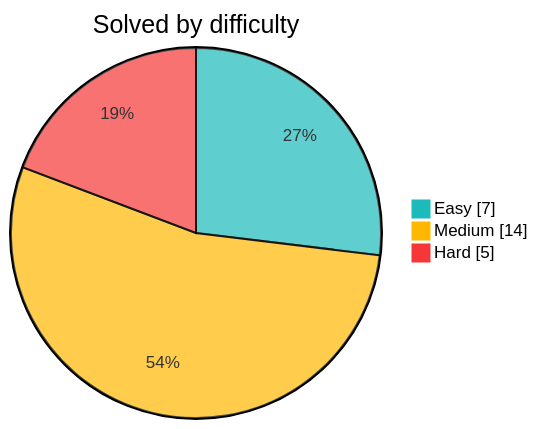
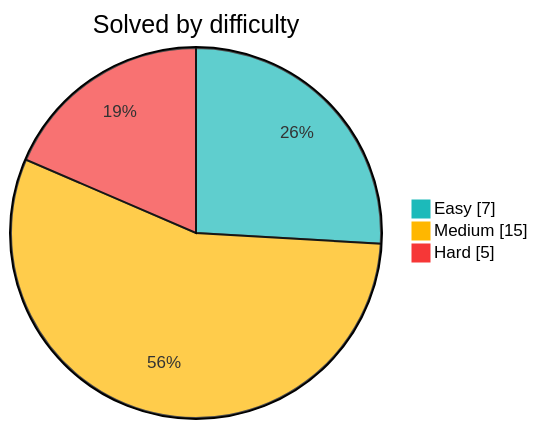
Before and after one commit to Sekler09/algorithms: the diagram in README.md, drawn with Mermaid. The commit also changed other lines of this file and 3 other files, not shown here.

````diff
--- a/README.md
+++ b/README.md
@@ -9,8 +9,8 @@
 ```mermaid
 %%{init: {"themeVariables": {"pie1": "#1cbaba", "pie2": "#ffb700", "pie3": "#f63737"}}}%%
 pie showData
     title Solved by difficulty
     "Easy" : 7
-    "Medium" : 14
+    "Medium" : 15
     "Hard" : 5
 ```
````
